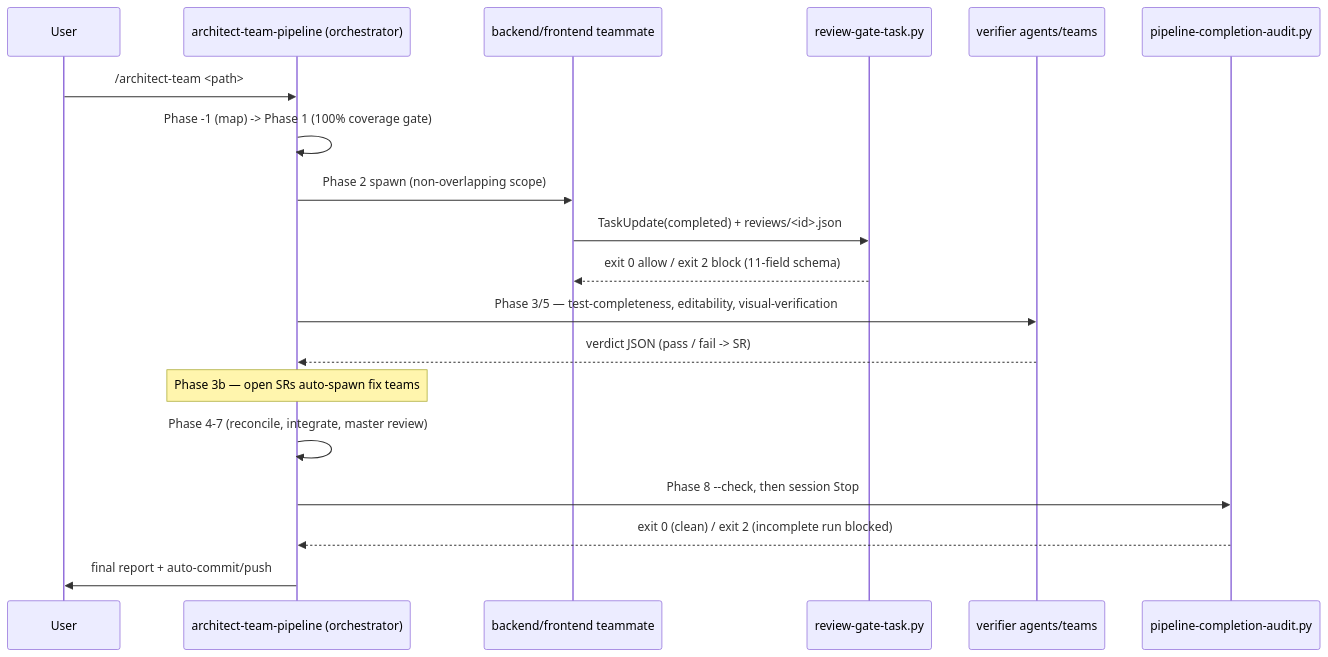
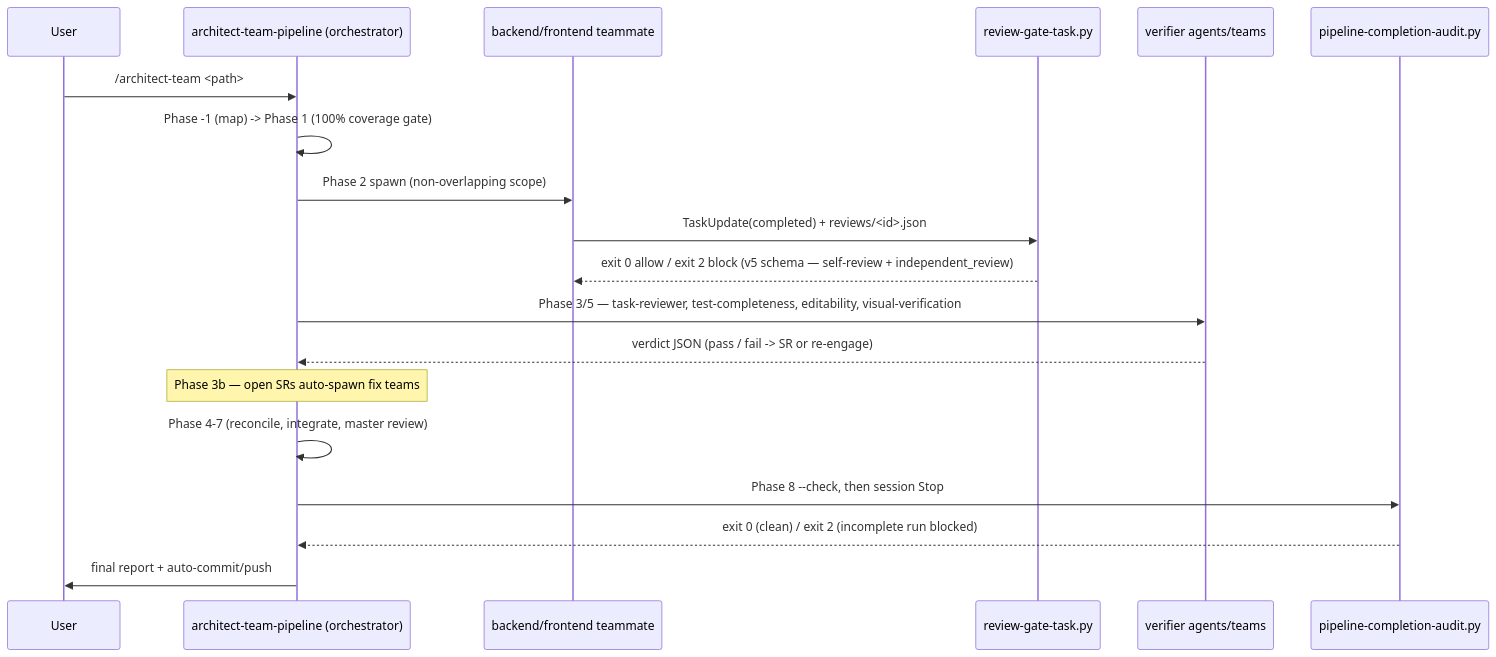
One commit to paulingram/claude-skills changed the second of 2 diagrams in docs/CODEBASE_MAP.md. Above: the diagram before and after it, drawn with Mermaid. The commit also changed other lines of this file and 19 other files, not shown here.

First line of the commit message:
producer-checker-enforcement: independent review gate + master-review audit (v0.9.13)

````diff
--- a/docs/CODEBASE_MAP.md
+++ b/docs/CODEBASE_MAP.md
@@ -178,22 +179,22 @@
 ```mermaid
 sequenceDiagram
     participant User
     participant Orch as architect-team-pipeline (orchestrator)
     participant Team as backend/frontend teammate
     participant Gate as review-gate-task.py
     participant Verif as verifier agents/teams
     participant Stop as pipeline-completion-audit.py
 
     User->>Orch: /architect-team <path>
     Orch->>Orch: Phase -1 (map) -> Phase 1 (100% coverage gate)
     Orch->>Team: Phase 2 spawn (non-overlapping scope)
     Team->>Gate: TaskUpdate(completed) + reviews/<id>.json
-    Gate-->>Team: exit 0 allow / exit 2 block (11-field schema)
-    Orch->>Verif: Phase 3/5 — test-completeness, editability, visual-verification
-    Verif-->>Orch: verdict JSON (pass / fail -> SR)
+    Gate-->>Team: exit 0 allow / exit 2 block (v5 schema — self-review + independent_review)
+    Orch->>Verif: Phase 3/5 — task-reviewer, test-completeness, editability, visual-verification
+    Verif-->>Orch: verdict JSON (pass / fail -> SR or re-engage)
     Note over Orch: Phase 3b — open SRs auto-spawn fix teams
     Orch->>Orch: Phase 4-7 (reconcile, integrate, master review)
     Orch->>Stop: Phase 8 --check, then session Stop
     Stop-->>Orch: exit 0 (clean) / exit 2 (incomplete run blocked)
     Orch->>User: final report + auto-commit/push
 ```
````
